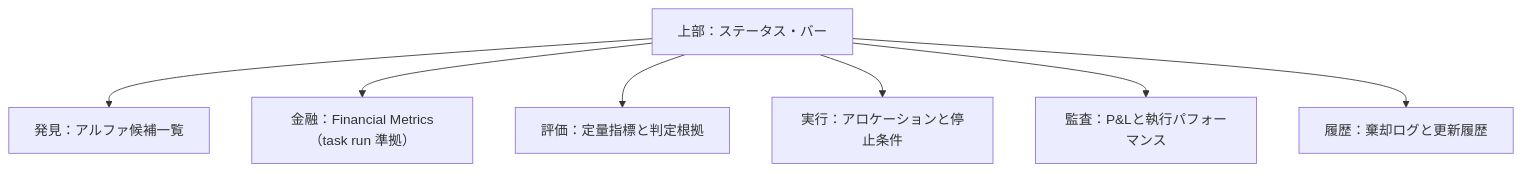
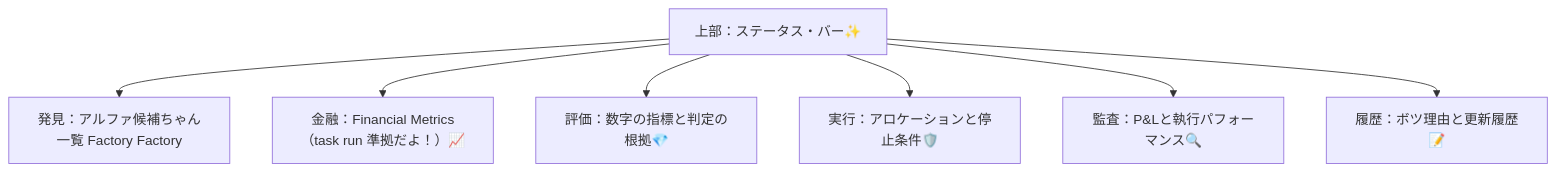
Before and after one commit to KAFKA2306/investor: the second of 8 diagrams in docs/specs/frontend.md, drawn with Mermaid. The commit also changed other lines of this file and 52 other files, not shown here.

````diff
--- a/docs/specs/frontend.md
+++ b/docs/specs/frontend.md
@@ -37,17 +37,17 @@
 ```mermaid
 flowchart TD
-    総覧帯["上部：ステータス・バー"]
-    発見面["発見：アルファ候補一覧"]
-    金融面["金融：Financial Metrics（task run 準拠）"]
-    評価面["評価：定量指標と判定根拠"]
-    実行面["実行：アロケーションと停止条件"]
-    監査面["監査：P&Lと執行パフォーマンス"]
-    履歴面["履歴：棄却ログと更新履歴"]
+    総覧帯["上部：ステータス・バー✨"]
+    発見面["発見：アルファ候補ちゃん一覧 Factory Factory"]
+    金融面["金融：Financial Metrics（task run 準拠だよ！）📈"]
+    評価面["評価：数字の指標と判定の根拠💎"]
+    実行面["実行：アロケーションと停止条件🛡️"]
+    監査面["監査：P&Lと執行パフォーマンス🔍"]
+    履歴面["履歴：ボツ理由と更新履歴📝"]
 
     総覧帯 --> 発見面
     総覧帯 --> 金融面
     総覧帯 --> 評価面
     総覧帯 --> 実行面
     総覧帯 --> 監査面
     総覧帯 --> 履歴面
 ```
````
